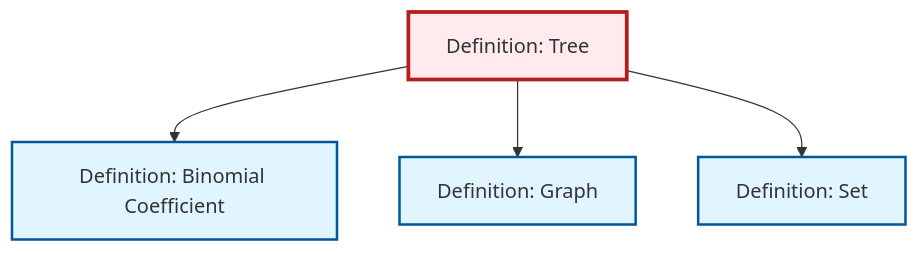
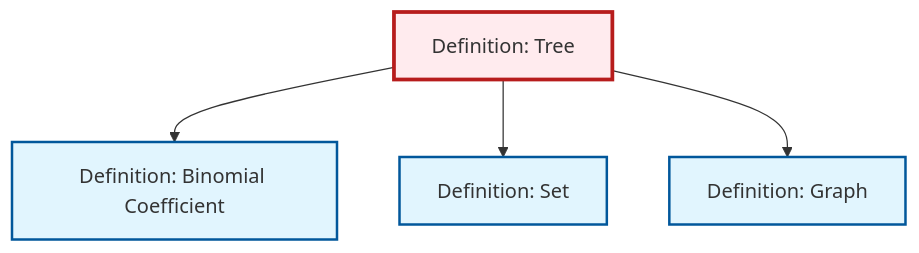
One commit to RK0429/ModernMath changed the diagram in content/en/combinatorics/def-tree.qmd. Above: the diagram before and after it, drawn with Mermaid. The commit also changed other lines of this file and 654 other files, not shown here.

````diff
--- a/content/en/combinatorics/def-tree.qmd
+++ b/content/en/combinatorics/def-tree.qmd
@@ -136,20 +136,20 @@
 ```{mermaid}
 %%| fig-cap: "Local dependency graph"
 graph TD
     classDef definition fill:#e1f5fe,stroke:#01579b,stroke-width:2px
     classDef theorem fill:#f3e5f5,stroke:#4a148c,stroke-width:2px
     classDef axiom fill:#fff3e0,stroke:#e65100,stroke-width:2px
     classDef example fill:#e8f5e9,stroke:#1b5e20,stroke-width:2px
     classDef current fill:#ffebee,stroke:#b71c1c,stroke-width:3px
+    def-binomial-coefficient["Definition: Binomial Coefficient"]:::definition
     def-graph["Definition: Graph"]:::definition
-    def-binomial-coefficient["Definition: Binomial Coefficient"]:::definition
     def-tree["Definition: Tree"]:::definition
     def-set["Definition: Set"]:::definition
     def-tree --> def-binomial-coefficient
+    def-tree --> def-set
     def-tree --> def-graph
-    def-tree --> def-set
     class def-tree current
+    click def-binomial-coefficient "def-binomial-coefficient.html" "Go to Binomial Coefficient definition"
     click def-graph "def-graph.html" "Go to Graph definition"
-    click def-binomial-coefficient "def-binomial-coefficient.html" "Go to Binomial Coefficient definition"
     click def-set "def-set.html" "Go to Set definition"
 ```
````
